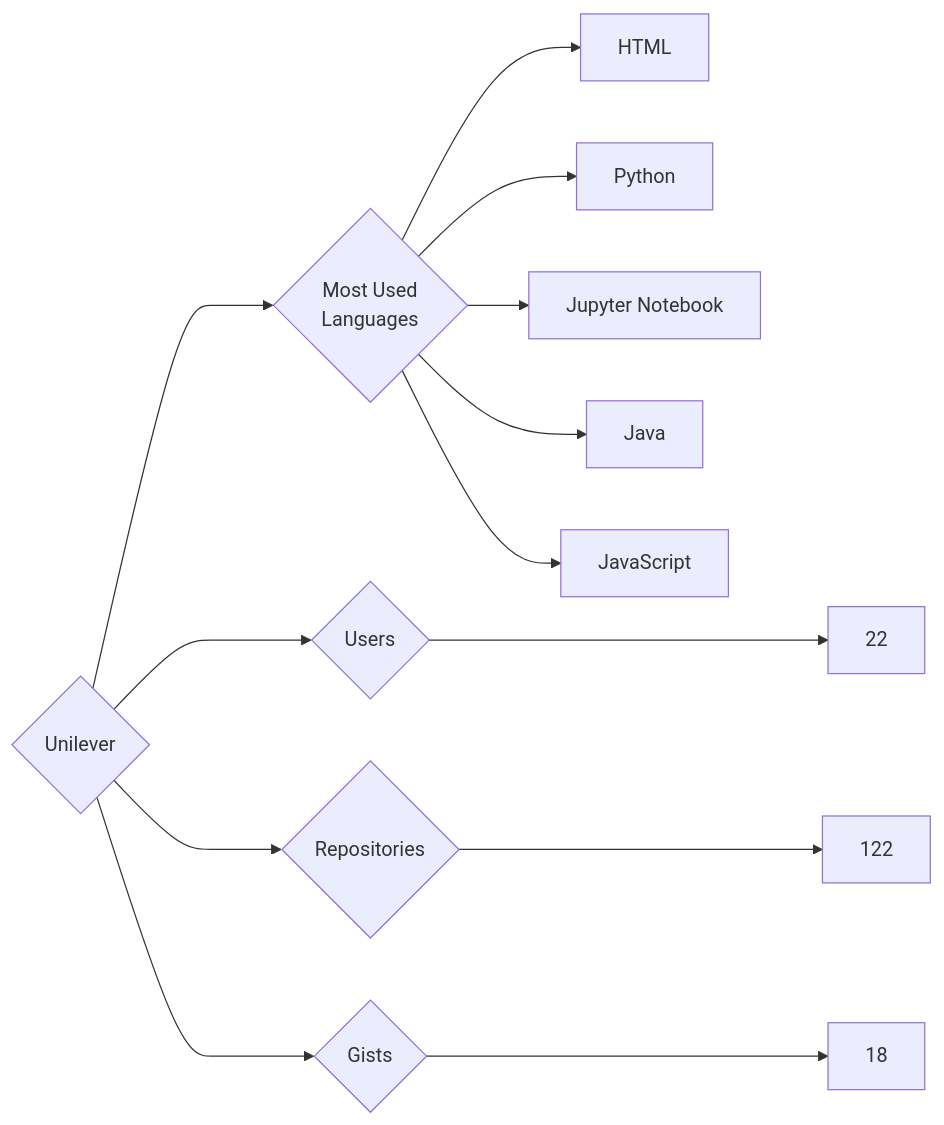
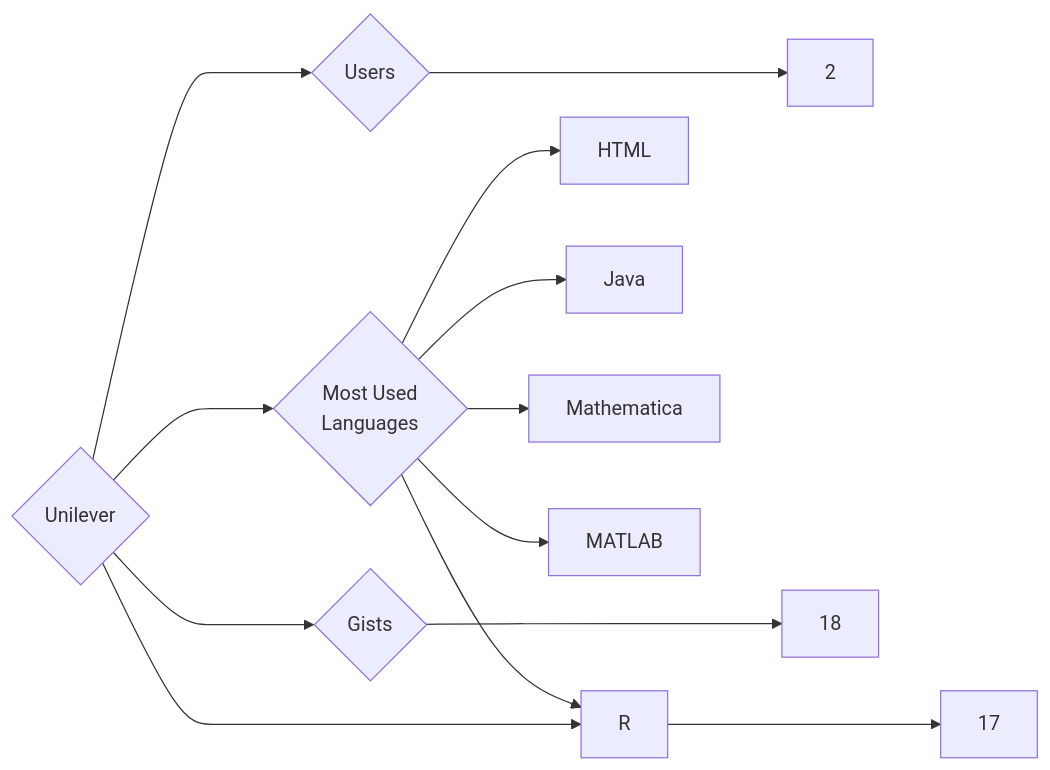
Before and after one commit to trickest/insiders: the diagram in targets/Unilever/README.md, drawn with Mermaid. The commit also changed 773 other files, not shown here.

````diff
--- a/targets/Unilever/README.md
+++ b/targets/Unilever/README.md
@@ -3,13 +3,13 @@
 ```mermaid
 graph LR
 COMPANY_NAME{Unilever}
-COMPANY_NAME ---> U{Users} ---> UN[22]
-COMPANY_NAME ---> R{Repositories} ---> RN[122]
+COMPANY_NAME ---> U{Users} ---> UN[2]
+COMPANY_NAME ---> R{Repositories} ---> RN[17]
 COMPANY_NAME ---> G{Gists} ---> GN[18]
 COMPANY_NAME ---> ML{Most Used<br>Languages}
 ML --> HTML[HTML]
-ML --> Python[Python]
-ML --> Jupyter_Notebook[Jupyter Notebook]
 ML --> Java[Java]
-ML --> JavaScript[JavaScript]
+ML --> R[R]
+ML --> Mathematica[Mathematica]
+ML --> MATLAB[MATLAB]
 ```
````
